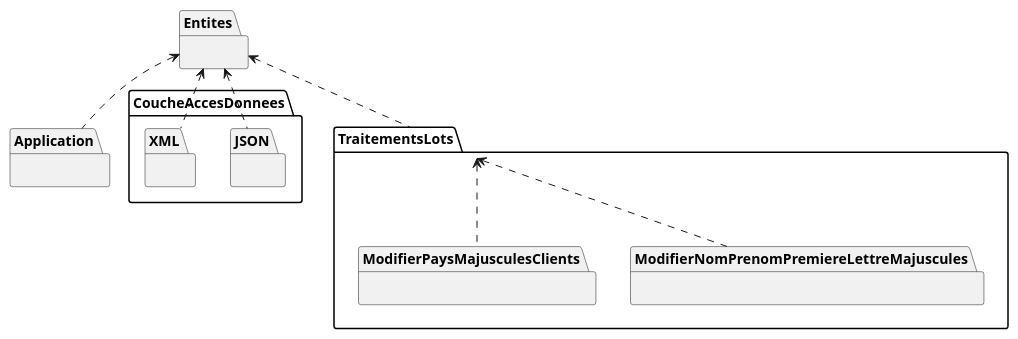
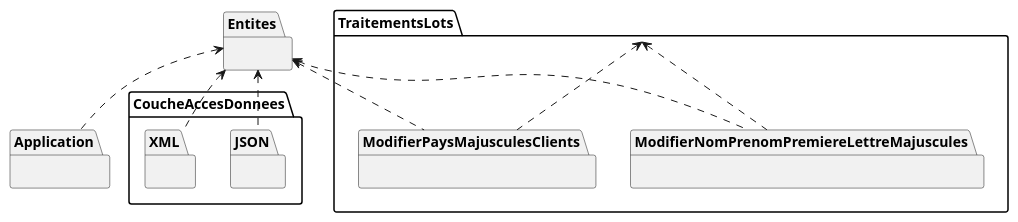
One commit to PiFou86/420-W30-SF changed the diagram in Module06_Formats_Echanges/diag/src/DiagExerciceClientsPkg.wsd. Above: the diagram before and after it, drawn with PlantUML.

Commit message:
Ajout informations

```diff
--- a/Module06_Formats_Echanges/diag/src/DiagExerciceClientsPkg.wsd
+++ b/Module06_Formats_Echanges/diag/src/DiagExerciceClientsPkg.wsd
@@ -1,46 +1,47 @@
 @startuml DiagClassesClientsPkg
 
 skinparam classAttributeIconSize 0
 skinparam class {
     BackgroundColor White
     BorderColor #000
 }
 
 
 package Entites {
 
 }
 
 package CoucheAccesDonnees.JSON {
 
 }
 
 package CoucheAccesDonnees.XML {
 
 }
 
 package Application {
 
 }
 
 package TraitementsLots {
 
 }
 
 package TraitementsLots.ModifierNomPrenomPremiereLettreMajuscules {
 
 }
 
 package TraitementsLots.ModifierPaysMajusculesClients {
 
 }
 
 TraitementsLots <.. TraitementsLots.ModifierNomPrenomPremiereLettreMajuscules
 TraitementsLots <.. TraitementsLots.ModifierPaysMajusculesClients
 
 Entites <.. CoucheAccesDonnees.JSON
 Entites <.. CoucheAccesDonnees.XML
 Entites <.. Application
-Entites <.. TraitementsLots
+Entites <.. TraitementsLots.ModifierNomPrenomPremiereLettreMajuscules
+Entites <.. TraitementsLots.ModifierPaysMajusculesClients
 
 @enduml
```
